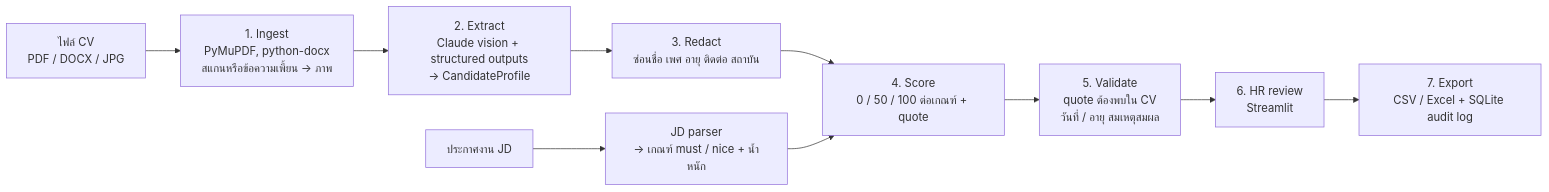
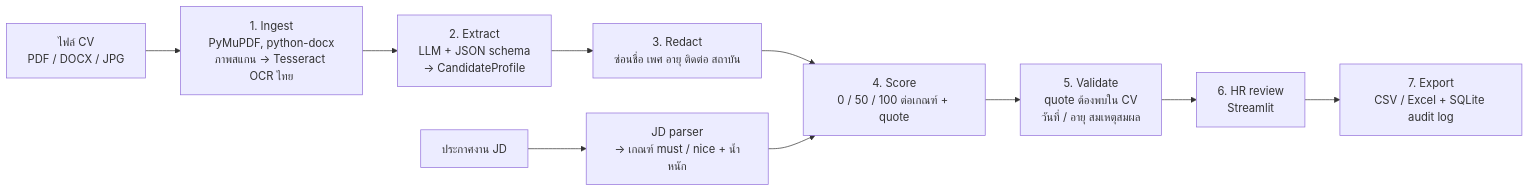
One commit to thassanunsat-art/Pearson-TalentLens changed the second of 2 diagrams in README.md. Above: the diagram before and after it, drawn with Mermaid. The commit also changed other lines of this file and 13 other files, not shown here.

First line of the commit message:
Add free pipeline: Tesseract OCR + open-source LLM via Ollama

````diff
--- a/README.md
+++ b/README.md
@@ -30,12 +32,12 @@
 ```mermaid
 flowchart LR
-  CV[ไฟล์ CV<br/>PDF / DOCX / JPG] --> I[1. Ingest<br/>PyMuPDF, python-docx<br/>สแกนหรือข้อความเพี้ยน → ภาพ]
-  I --> E[2. Extract<br/>Claude vision + structured outputs<br/>→ CandidateProfile]
+  CV[ไฟล์ CV<br/>PDF / DOCX / JPG] --> I[1. Ingest<br/>PyMuPDF, python-docx<br/>ภาพสแกน → Tesseract OCR ไทย]
+  I --> E[2. Extract<br/>LLM + JSON schema<br/>→ CandidateProfile]
   E --> R[3. Redact<br/>ซ่อนชื่อ เพศ อายุ ติดต่อ สถาบัน]
   JD[ประกาศงาน JD] --> P[JD parser<br/>→ เกณฑ์ must / nice + น้ำหนัก]
   R --> S[4. Score<br/>0 / 50 / 100 ต่อเกณฑ์ + quote]
   P --> S
   S --> V[5. Validate<br/>quote ต้องพบใน CV<br/>วันที่ / อายุ สมเหตุสมผล]
   V --> H[6. HR review<br/>Streamlit]
   H --> X[7. Export<br/>CSV / Excel + SQLite audit log]
 ```
````
